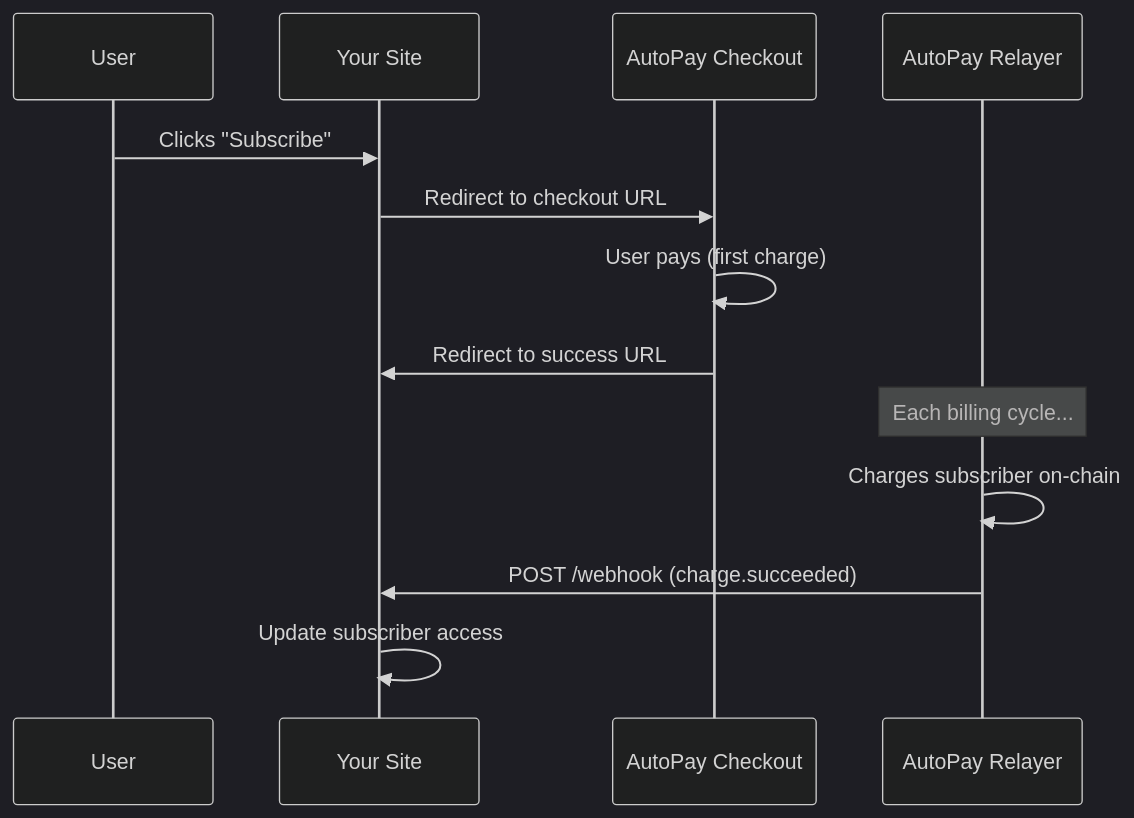
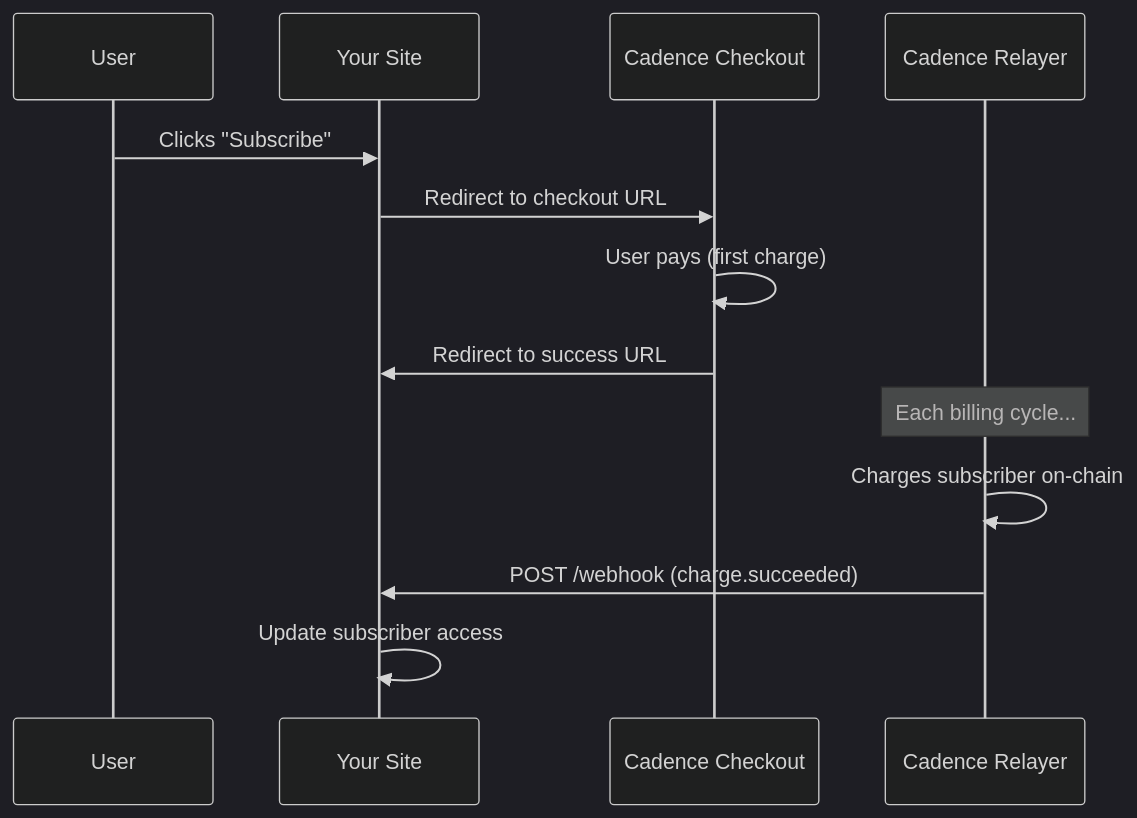
Before and after one commit to hola-official/Cadence: the diagram in documentation/sdk-backend.md, drawn with Mermaid (dark theme). The commit also changed other lines of this file and 10 other files, not shown here.

````diff
--- a/documentation/sdk-backend.md
+++ b/documentation/sdk-backend.md
@@ -13,17 +13,17 @@
 ```mermaid
 sequenceDiagram
     participant User
     participant YourSite as Your Site
-    participant AutoPay as AutoPay Checkout
-    participant Relayer as AutoPay Relayer
+    participant Cadence as Cadence Checkout
+    participant Relayer as Cadence Relayer
 
     User->>YourSite: Clicks "Subscribe"
-    YourSite->>AutoPay: Redirect to checkout URL
-    AutoPay->>AutoPay: User pays (first charge)
-    AutoPay->>YourSite: Redirect to success URL
+    YourSite->>Cadence: Redirect to checkout URL
+    Cadence->>Cadence: User pays (first charge)
+    Cadence->>YourSite: Redirect to success URL
 
     Note over Relayer: Each billing cycle...
     Relayer->>Relayer: Charges subscriber on-chain
     Relayer->>YourSite: POST /webhook (charge.succeeded)
     YourSite->>YourSite: Update subscriber access
 ```
````
